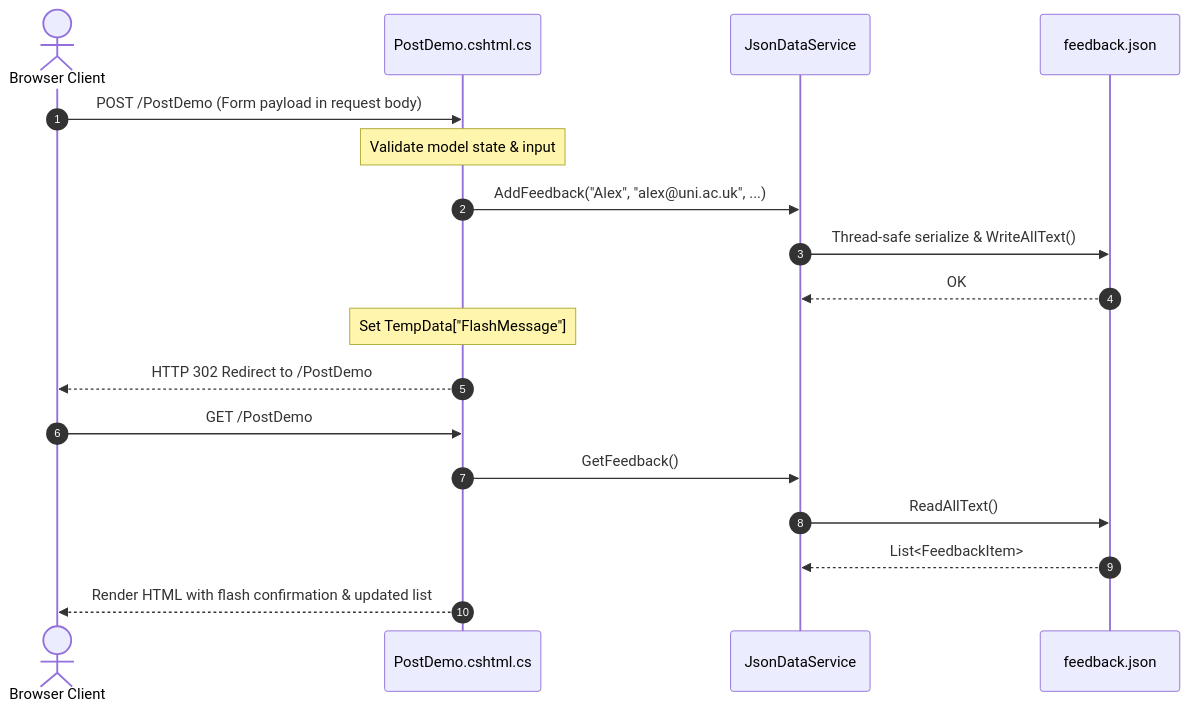
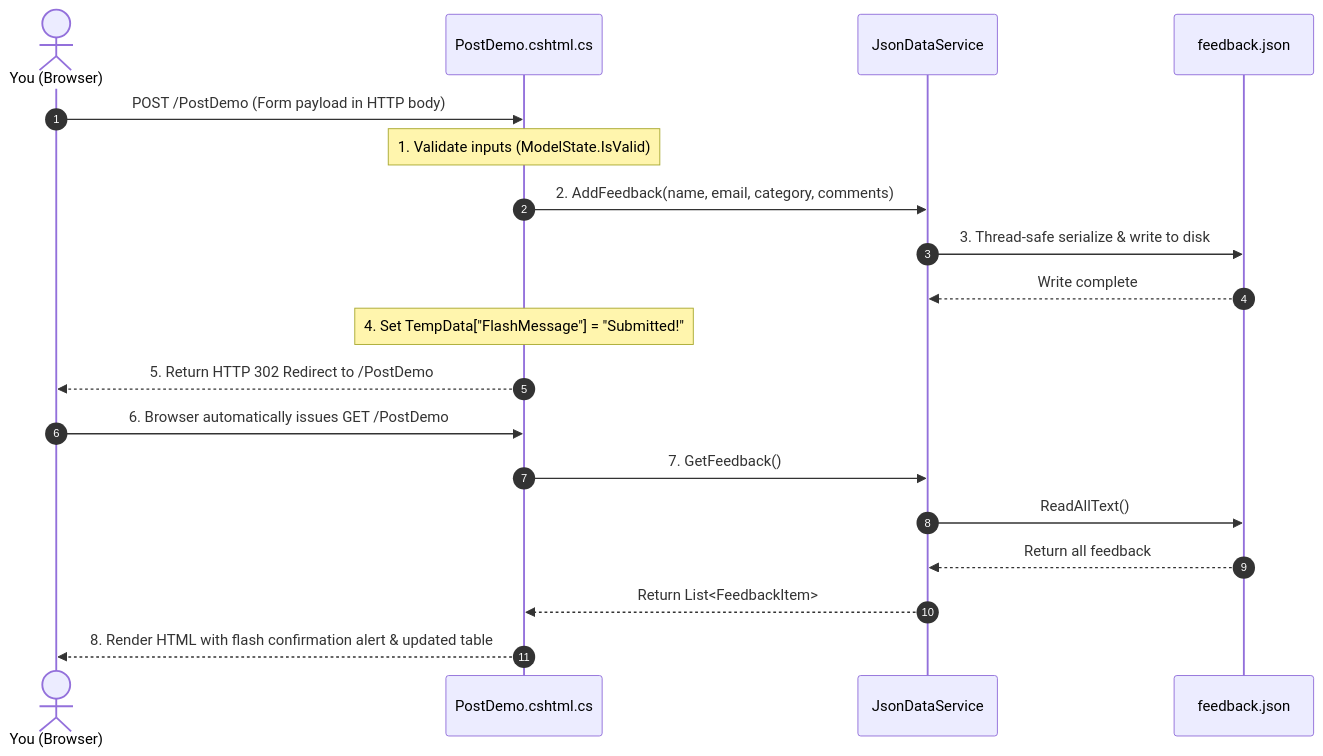
One commit to mustbebuilt/webdev-razor-http-methods changed the second of 2 diagrams in how-the-data-works.md. Above: the diagram before and after it, drawn with Mermaid. The commit also changed other lines of this file and 1 other file, not shown here.

Commit message:
docs: update educational documentation and guides for HTTP methods and routing demos

````diff
--- a/how-the-data-works.md
+++ b/how-the-data-works.md
@@ -248,21 +271,22 @@
 ```mermaid
 sequenceDiagram
     autonumber
-    actor User as Browser Client
+    actor Student as You (Browser)
     participant Page as PostDemo.cshtml.cs
     participant Service as JsonDataService
     participant File as feedback.json
 
-    User->>Page: POST /PostDemo (Form payload in request body)
-    Note over Page: Validate model state & input
-    Page->>Service: AddFeedback("Alex", "alex@uni.ac.uk", ...)
-    Service->>File: Thread-safe serialize & WriteAllText()
-    File-->>Service: OK
-    Note over Page: Set TempData["FlashMessage"]
-    Page-->>User: HTTP 302 Redirect to /PostDemo
-    User->>Page: GET /PostDemo
-    Page->>Service: GetFeedback()
+    Student->>Page: POST /PostDemo (Form payload in HTTP body)
+    Note over Page: 1. Validate inputs (ModelState.IsValid)
+    Page->>Service: 2. AddFeedback(name, email, category, comments)
+    Service->>File: 3. Thread-safe serialize & write to disk
+    File-->>Service: Write complete
+    Note over Page: 4. Set TempData["FlashMessage"] = "Submitted!"
+    Page-->>Student: 5. Return HTTP 302 Redirect to /PostDemo
+    Student->>Page: 6. Browser automatically issues GET /PostDemo
+    Page->>Service: 7. GetFeedback()
     Service->>File: ReadAllText()
-    File-->>Service: List<FeedbackItem>
-    Page-->>User: Render HTML with flash confirmation & updated list
+    File-->>Service: Return all feedback
+    Service-->>Page: Return List<FeedbackItem>
+    Page-->>Student: 8. Render HTML with flash confirmation alert & updated table
 ```
````
